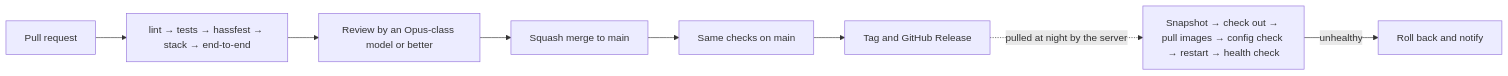
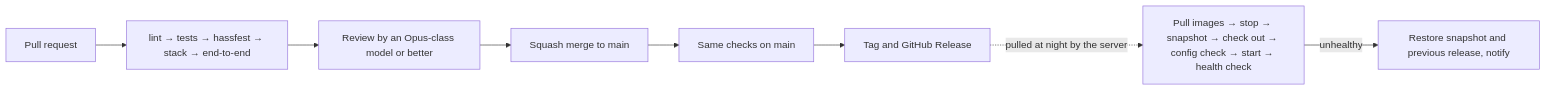
The second of 2 diagrams in docs/concept.md (oxydonth/cave_system), drawn with Mermaid before and after one commit. The commit also changed other lines of this file and 1 other file, not shown here.

````diff
--- a/docs/concept.md
+++ b/docs/concept.md
@@ -319,10 +426,10 @@
 ```mermaid
 flowchart LR
   pr["Pull request"] --> checks["lint → tests → hassfest → stack → end-to-end"]
   checks --> review["Review by an Opus-class model or better"]
   review --> merge["Squash merge to main"]
   merge --> main["Same checks on main"]
   main --> rel["Tag and GitHub Release"]
-  rel -. "pulled at night by the server" .-> upd["Snapshot → check out → pull images → config check → restart → health check"]
-  upd -- "unhealthy" --> rb["Roll back and notify"]
+  rel -. "pulled at night by the server" .-> upd["Pull images → stop → snapshot → check out → config check → start → health check"]
+  upd -- "unhealthy" --> rb["Restore snapshot and previous release, notify"]
 ```
````
